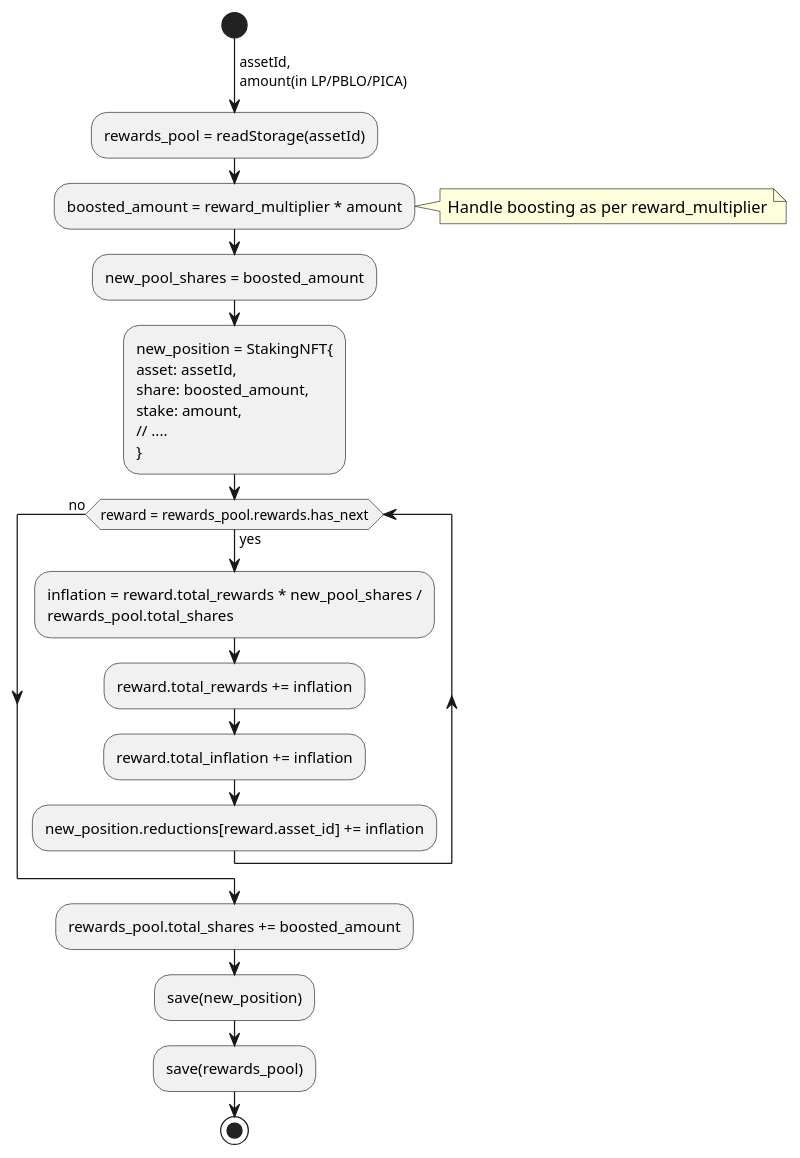
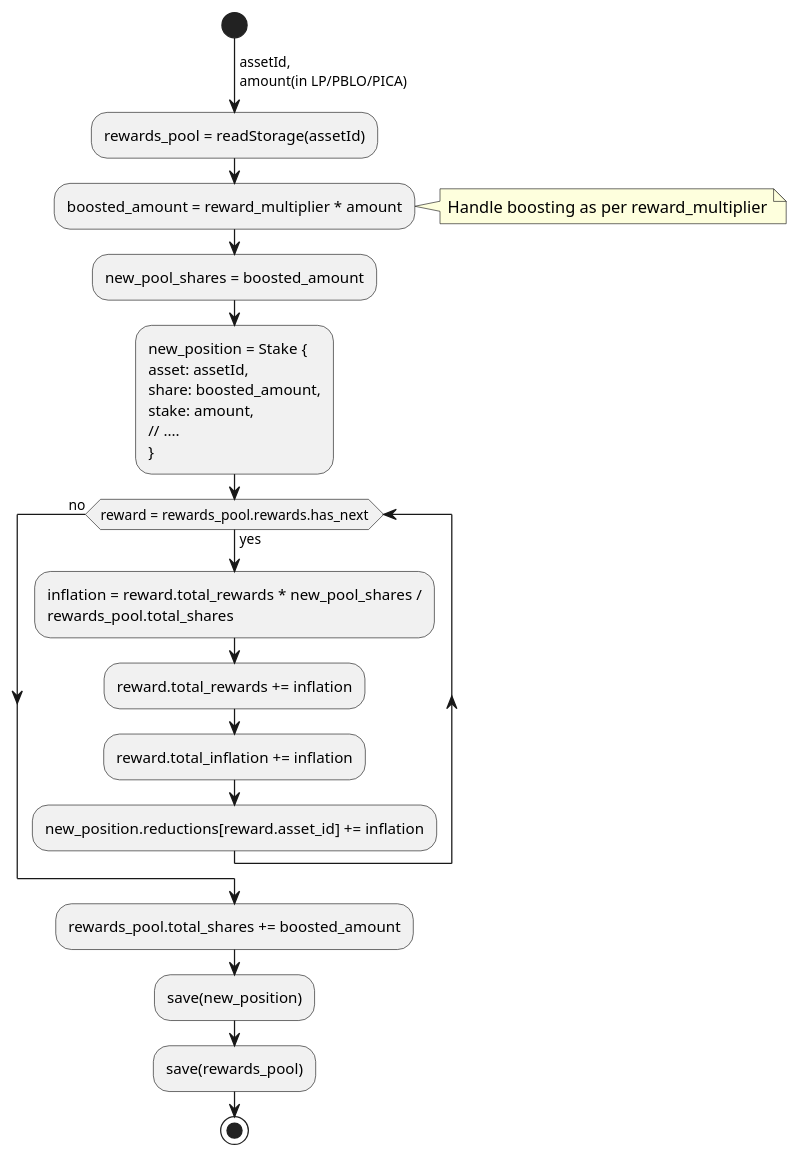
One commit to ComposableFi/composable changed the fifth of 10 diagrams in rfcs/0005-pablo-distribution-assets/0005-pablo-distribution.adoc. Above: the diagram before and after it, drawn with PlantUML. The commit also changed other lines of this file and 1 other file, not shown here.

```diff
--- a/rfcs/0005-pablo-distribution-assets/0005-pablo-distribution.adoc
+++ b/rfcs/0005-pablo-distribution-assets/0005-pablo-distribution.adoc
@@ -455,25 +389,25 @@
 [plantuml,images/staking,png]
 ----
 start
 ->assetId,\namount(in LP/PBLO/PICA);
 :rewards_pool = readStorage(assetId);
 :boosted_amount = reward_multiplier * amount;
 note right: Handle boosting as per reward_multiplier
 :new_pool_shares = boosted_amount;
-:new_position = StakingNFT{
+:new_position = Stake {
 asset: assetId,
 share: boosted_amount,
 stake: amount,
 // ....
 };
 while (reward = rewards_pool.rewards.has_next) is (yes)
     :inflation = reward.total_rewards * new_pool_shares /\nrewards_pool.total_shares;
     :reward.total_rewards += inflation;
     :reward.total_inflation += inflation;
     :new_position.reductions[reward.asset_id] += inflation;
 endwhile (no)
 :rewards_pool.total_shares += boosted_amount;
 :save(new_position);
 :save(rewards_pool);
 stop
 ----
```
